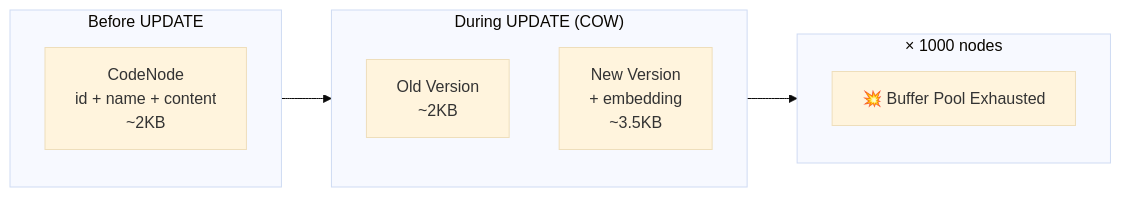
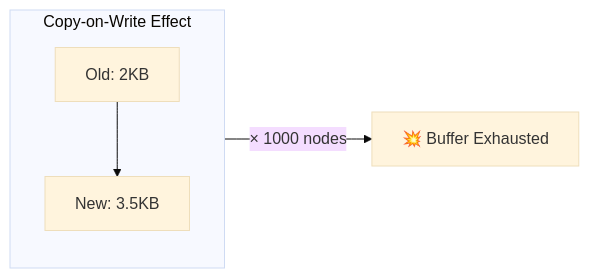
One commit to OliverNyx/NexusAI changed the ninth of 11 diagrams in README.md. Above: the diagram before and after it, drawn with Mermaid (base theme). The commit also changed other lines of this file, not shown here.

````diff
--- a/README.md
+++ b/README.md
@@ -621,17 +326,7 @@
 ```mermaid
 flowchart LR
-    subgraph Before["Before UPDATE"]
-        N1[CodeNode<br/>id + name + content<br/>~2KB]
+    subgraph COW["Copy-on-Write Effect"]
+        OLD[Old: 2KB] --> NEW[New: 3.5KB]
     end
-    
-    subgraph During["During UPDATE (COW)"]
-        N1_OLD[Old Version<br/>~2KB]
-        N1_NEW[New Version<br/>+ embedding<br/>~3.5KB]
-    end
-    
-    subgraph Problem["× 1000 nodes"]
-        BOOM[💥 Buffer Pool Exhausted]
-    end
-    
-    Before --> During --> Problem
+    COW -->|"× 1000 nodes"| BOOM[💥 Buffer Exhausted]
 ```
````
